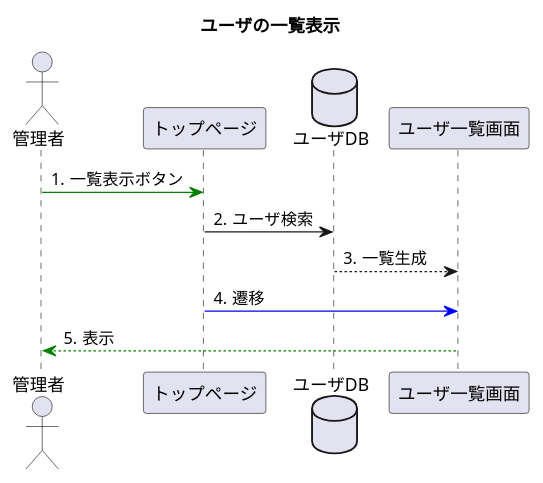
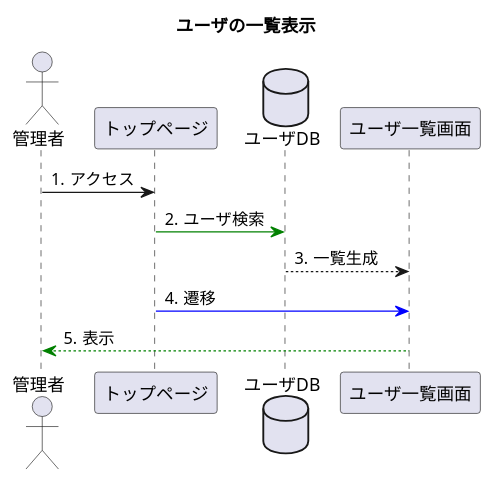
One commit to toufu66/ProjectC changed the diagram in uml/seq_listup.pu. Above: the diagram before and after it, drawn with PlantUML.

```diff
--- a/uml/seq_listup.pu
+++ b/uml/seq_listup.pu
@@ -1,18 +1,18 @@
 @startuml
 title ユーザの一覧表示
 
 autonumber "#."
 
 actor 管理者
 participant トップページ
 database ユーザDB
 participant ユーザ一覧画面
 
 
-管理者 -[#green]> トップページ:一覧表示ボタン
-トップページ -> ユーザDB:ユーザ検索
+管理者 -> トップページ:アクセス
+トップページ -[#green]> ユーザDB:ユーザ検索
 ユーザDB --> ユーザ一覧画面:一覧生成
 トップページ -[#blue]> ユーザ一覧画面:遷移
 
 ユーザ一覧画面 --[#green]> 管理者:表示
 @enduml
```
